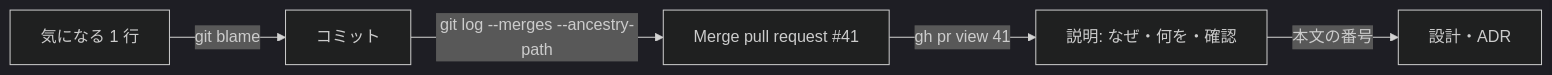
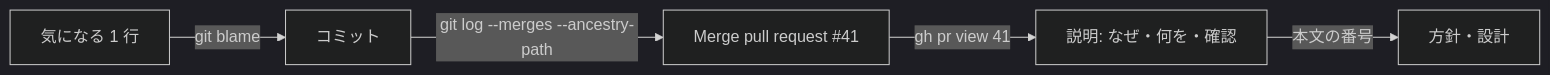
Before and after one commit to duwenji/yorisoi-tutorial: the third of 4 diagrams in 11-github/02-pull-requests.md, drawn with Mermaid (dark theme). The commit also changed other lines of this file and 33 other files, not shown here.

````diff
--- a/11-github/02-pull-requests.md
+++ b/11-github/02-pull-requests.md
@@ -136,7 +136,7 @@
 ```mermaid
 flowchart LR
     L["気になる 1 行"] -->|"git blame"| C["コミット"]
     C -->|"git log --merges --ancestry-path"| MC["Merge pull request #41"]
     MC -->|"gh pr view 41"| PR["説明: なぜ・何を・確認"]
-    PR -->|"本文の番号"| D["設計・ADR"]
+    PR -->|"本文の番号"| D["方針・設計"]
 ```
````
